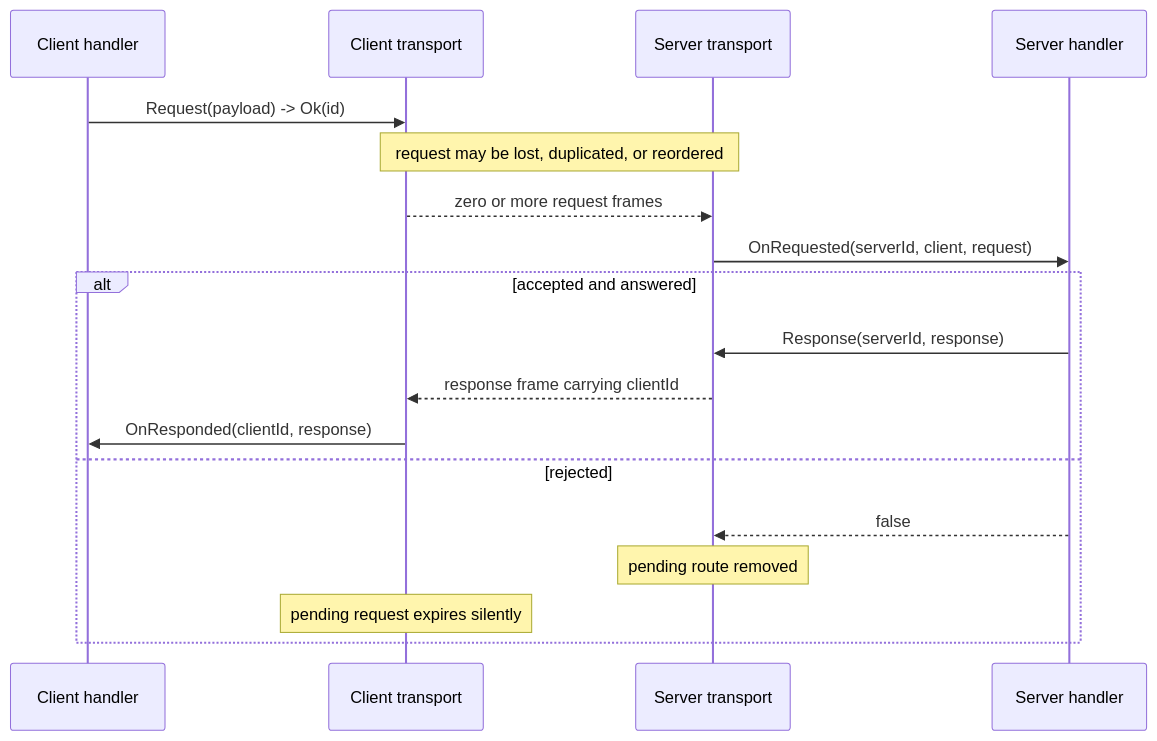
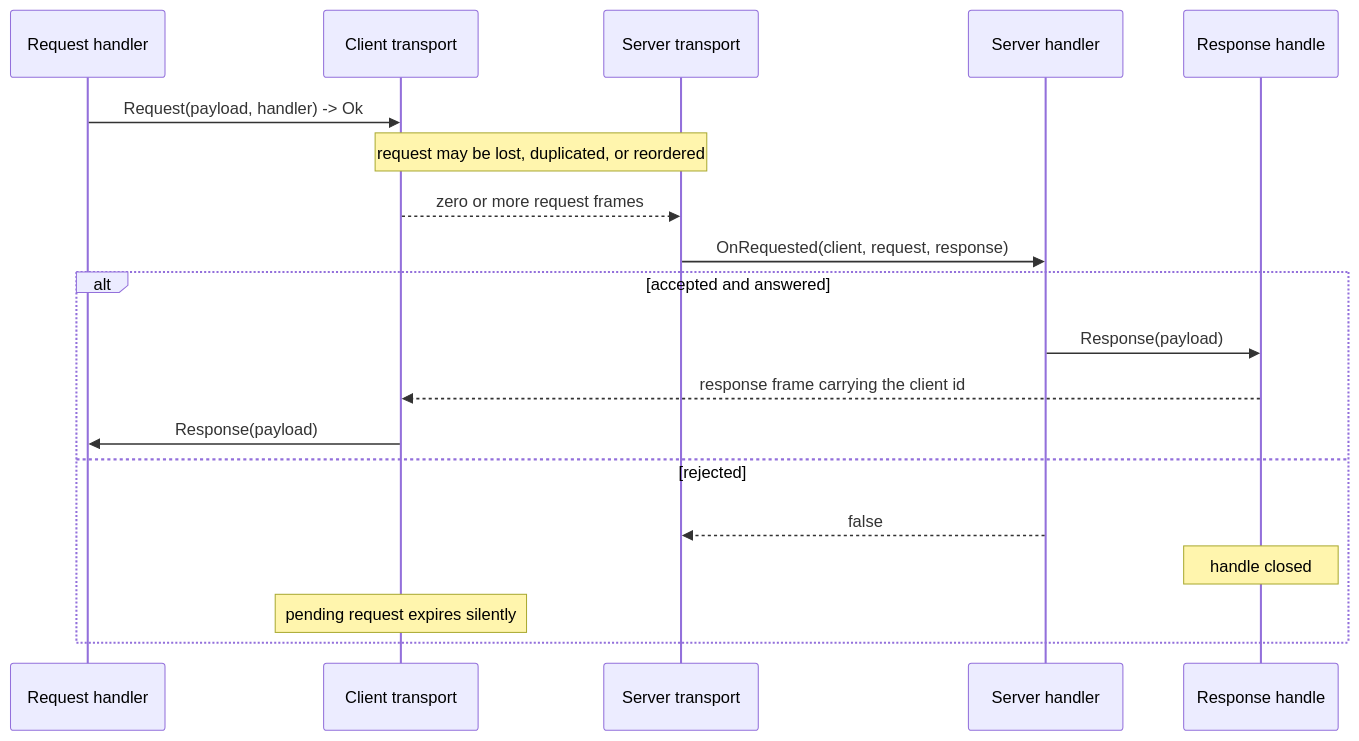
The second of 2 diagrams in Pontifex/Abstractions/Transports/RR/Unreliable/Specification.md (FyodorZh/Pontifex), drawn with Mermaid before and after one commit. The commit also changed other lines of this file and 25 other files, not shown here.

````diff
--- a/Pontifex/Abstractions/Transports/RR/Unreliable/Specification.md
+++ b/Pontifex/Abstractions/Transports/RR/Unreliable/Specification.md
@@ -420,21 +491,22 @@
 ```mermaid
 sequenceDiagram
-    participant C as Client handler
+    participant C as Request handler
     participant CE as Client transport
     participant ST as Server transport
     participant S as Server handler
+    participant R as Response handle
 
-    C->>CE: Request(payload) -> Ok(id)
+    C->>CE: Request(payload, handler) -> Ok
     Note over CE,ST: request may be lost, duplicated, or reordered
     CE-->>ST: zero or more request frames
-    ST->>S: OnRequested(serverId, client, request)
+    ST->>S: OnRequested(client, request, response)
     alt accepted and answered
-        S->>ST: Response(serverId, response)
-        ST-->>CE: response frame carrying clientId
-        CE->>C: OnResponded(clientId, response)
+        S->>R: Response(payload)
+        R-->>CE: response frame carrying the client id
+        CE->>C: Response(payload)
     else rejected
         S-->>ST: false
-        Note over ST: pending route removed
+        Note over R: handle closed
         Note over CE: pending request expires silently
     end
 ```
````
